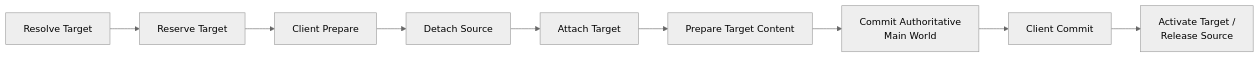
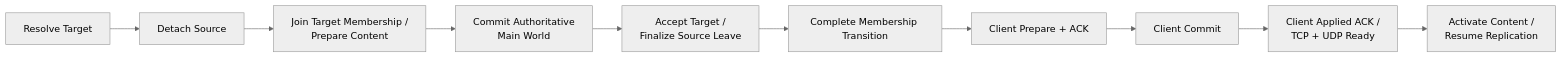
Before and after one commit to akxotjr/akxotjr.github.io: the first of 4 diagrams in content/Projects/Jam/Game World/01. World Entry and Transition.md, drawn with Mermaid (neutral theme). The commit also changed other lines of this file and 34 other files, not shown here.

````diff
--- a/content/Projects/Jam/Game World/01. World Entry and Transition.md
+++ b/content/Projects/Jam/Game World/01. World Entry and Transition.md
@@ -14,15 +14,14 @@
 ```mermaid
 flowchart LR
 
 Resolve["Resolve Target"] --> 
-Reserve["Reserve Target"] --> 
-ClientPrepare["Client Prepare"] --> 
 Detach["Detach Source"] --> 
-Attach["Attach Target"]
-
-Attach --> 
-Content["Prepare Target Content"] --> 
+Join["Join Target Membership /<br/>Prepare Content"] --> 
 Commit["Commit Authoritative<br/>Main World"] --> 
+Accept["Accept Target /<br/>Finalize Source Leave"] --> 
+Done["Complete Membership Transition"] --> 
+ClientPrepare["Client Prepare + ACK"] --> 
 ClientCommit["Client Commit"] --> 
-Activate["Activate Target /<br/>Release Source"]
+Applied["Client Applied ACK /<br/>TCP + UDP Ready"] --> 
+Activate["Activate Content /<br/>Resume Replication"]
 ```
````
